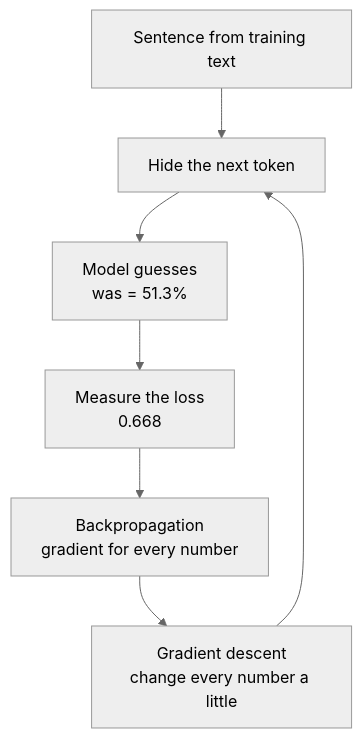
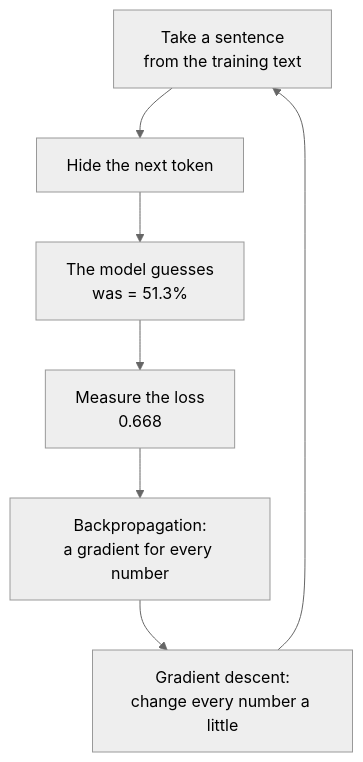
One commit to nirajp82/ClaudeArchitectStudyGuide changed the second of 2 diagrams in 02_BuildingWithTheClaudeAPI/01-deep-dive-inside-the-model.md. Above: the diagram before and after it, drawn with Mermaid (neutral theme). The commit also changed other lines of this file, not shown here.

Commit message:
Rebuild the model deep dive as a story: answer first, then training, then what it means

````diff
--- a/02_BuildingWithTheClaudeAPI/01-deep-dive-inside-the-model.md
+++ b/02_BuildingWithTheClaudeAPI/01-deep-dive-inside-the-model.md
@@ -391,9 +606,9 @@
 ```mermaid
 flowchart TD
-    A[Sentence from training text] --> B[Hide the next token]
-    B --> C[Model guesses<br/>was = 51.3%]
+    A[Take a sentence<br/>from the training text] --> B[Hide the next token]
+    B --> C[The model guesses<br/>was = 51.3%]
     C --> D[Measure the loss<br/>0.668]
-    D --> E[Backpropagation<br/>gradient for every number]
-    E --> F[Gradient descent<br/>change every number a little]
-    F --> B
+    D --> E[Backpropagation:<br/>a gradient for every number]
+    E --> F[Gradient descent:<br/>change every number a little]
+    F --> A
 ```
````
